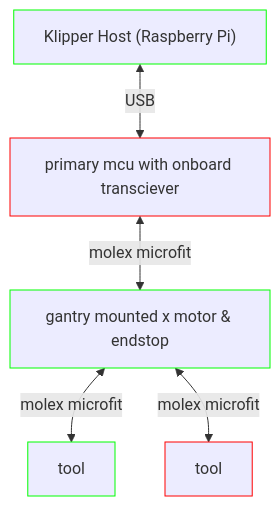
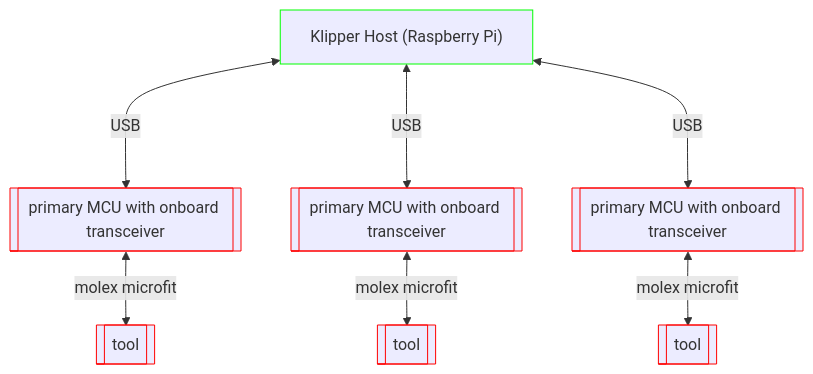
One commit to willpuckett/kb_can changed the eighth of 8 diagrams in can.md. Above: the diagram before and after it, drawn with Mermaid. The commit also changed other lines of this file, not shown here.

Commit message:
include termination in diagrams

````diff
--- a/can.md
+++ b/can.md
@@ -361,15 +348,18 @@
 ```mermaid
 graph TD;
     classDef term stroke:#f00
     classDef can stroke:#0f0
     classDef nc stroke:#00f
 
-    sbc["Klipper Host (Raspberry Pi)"]:::can
-    x[gantry mounted x motor & endstop]:::can
-    t0[tool]:::can
-    t1[tool]:::term
-    primary["primary mcu with onboard transciever"]:::term
+    SBC["Klipper Host (Raspberry Pi)"]:::can
+    t0[[tool]]:::term
+    t1[[tool]]:::term
+    t2[[tool]]:::term
+    primary0[["primary MCU with onboard transceiver"]]:::term
+    primary1[["primary MCU with onboard transceiver"]]:::term
+    primary2[["primary MCU with onboard transceiver"]]:::term
 
-    sbc <--USB--> primary <--molex microfit--> x 
-    x <--molex microfit--> t0 & t1
+    SBC <--USB---> primary0 <--molex microfit--> t0 
+    SBC <--USB---> primary1 <--molex microfit--> t1 
+    SBC <--USB---> primary2 <--molex microfit--> t2 
 ```
````
